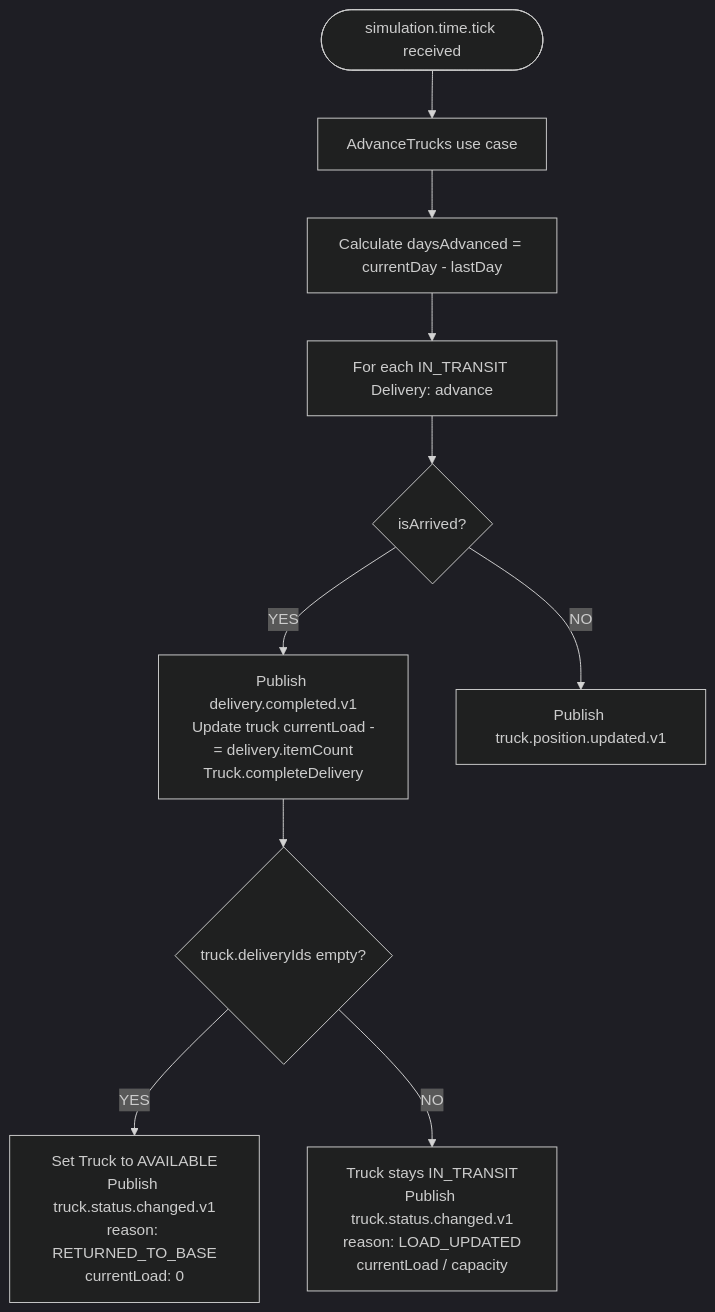
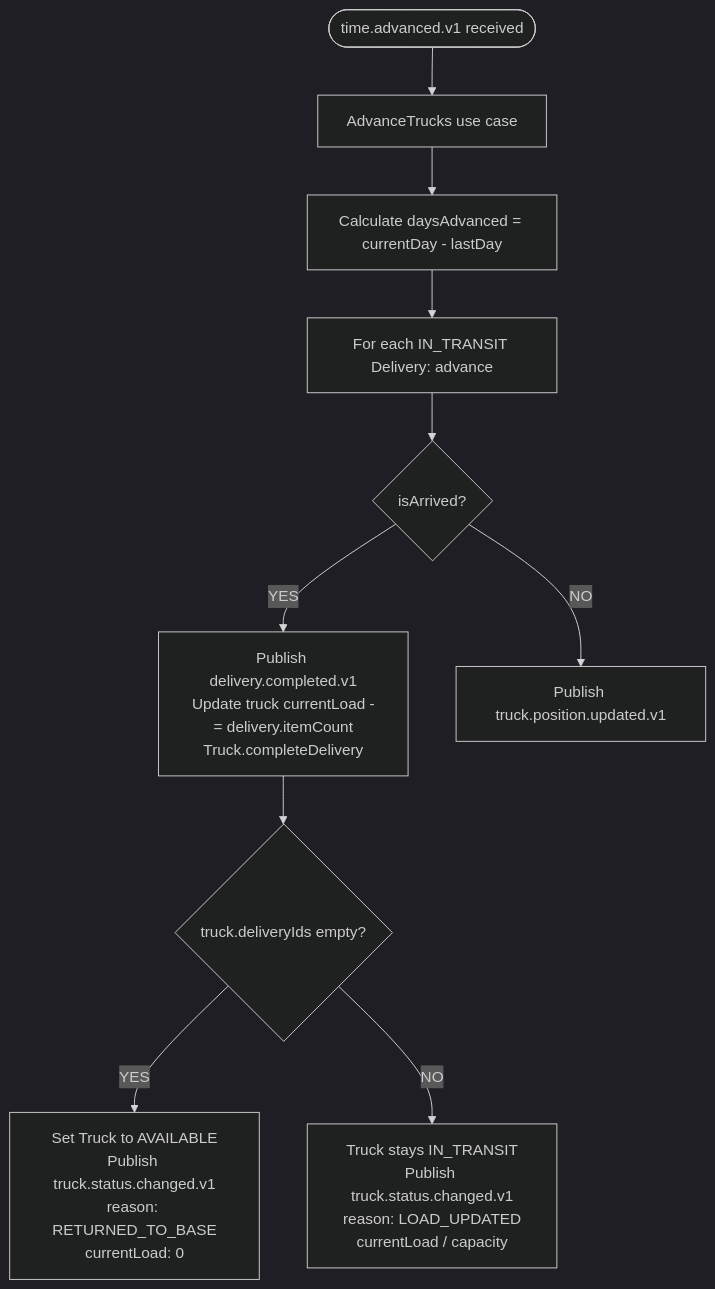
One commit to PauLopNun/workshop-suministros changed the fifth of 6 diagrams in transport/ddd.md. Above: the diagram before and after it, drawn with Mermaid (dark theme). The commit also changed other lines of this file, not shown here.

````diff
--- a/transport/ddd.md
+++ b/transport/ddd.md
@@ -126,13 +126,13 @@
 ```mermaid
 flowchart TD
-    UC2([simulation.time.tick received])
+    UC2([time.advanced.v1 received])
     UC2 --> B1[AdvanceTrucks use case]
     B1 --> B2[Calculate daysAdvanced = currentDay - lastDay]
     B2 --> B3[For each IN_TRANSIT Delivery: advance]
     B3 --> B4{isArrived?}
     B4 -->|YES| B5[Publish delivery.completed.v1\nUpdate truck currentLoad -= delivery.itemCount\nTruck.completeDelivery]
     B5 --> B6{truck.deliveryIds empty?}
     B6 -->|YES| B7[Set Truck to AVAILABLE\nPublish truck.status.changed.v1\nreason: RETURNED_TO_BASE\ncurrentLoad: 0]
     B6 -->|NO| B8[Truck stays IN_TRANSIT\nPublish truck.status.changed.v1\nreason: LOAD_UPDATED\ncurrentLoad / capacity]
     B4 -->|NO| B9[Publish truck.position.updated.v1]
 ```
````
